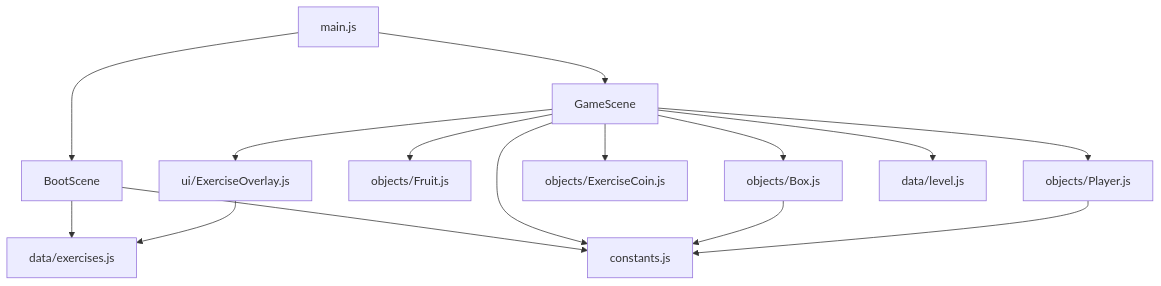
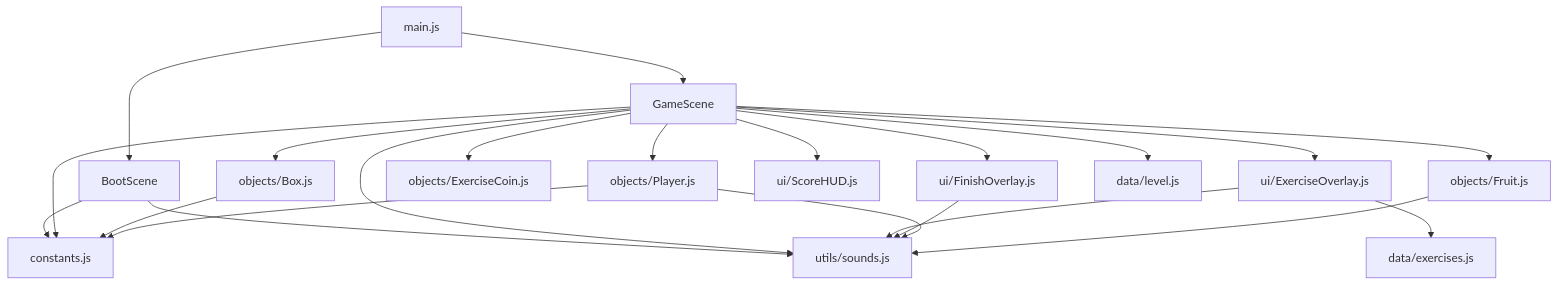
One commit to jptrmn/side-scroller changed the first of 2 diagrams in docs/architecture.md. Above: the diagram before and after it, drawn with Mermaid. The commit also changed other lines of this file and 5 other files, not shown here.

````diff
--- a/docs/architecture.md
+++ b/docs/architecture.md
@@ -48,20 +63,27 @@
 ```mermaid
 graph TD
     main["main.js"] --> Boot["BootScene"]
     main --> Game["GameScene"]
 
-    Boot --> Exs["data/exercises.js"]
     Boot --> Const["constants.js"]
+    Boot --> Sounds["utils/sounds.js"]
 
     Game --> Player["objects/Player.js"]
     Game --> Fruit["objects/Fruit.js"]
     Game --> Box["objects/Box.js"]
     Game --> Coin["objects/ExerciseCoin.js"]
     Game --> Overlay["ui/ExerciseOverlay.js"]
+    Game --> HUD["ui/ScoreHUD.js"]
+    Game --> Finish["ui/FinishOverlay.js"]
     Game --> Level["data/level.js"]
     Game --> Const
+    Game --> Sounds
 
     Box --> Const
-    Overlay --> Exs
+    Overlay --> Exs["data/exercises.js"]
+    Overlay --> Sounds
+    Finish --> Sounds
     Player --> Const
+    Player --> Sounds
+    Fruit --> Sounds
 ```
````
